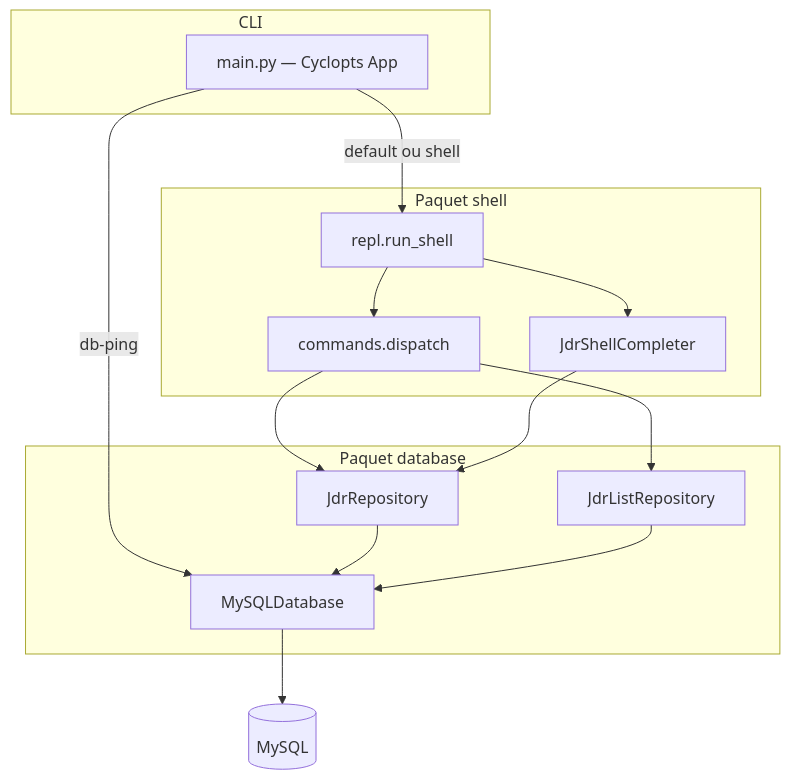
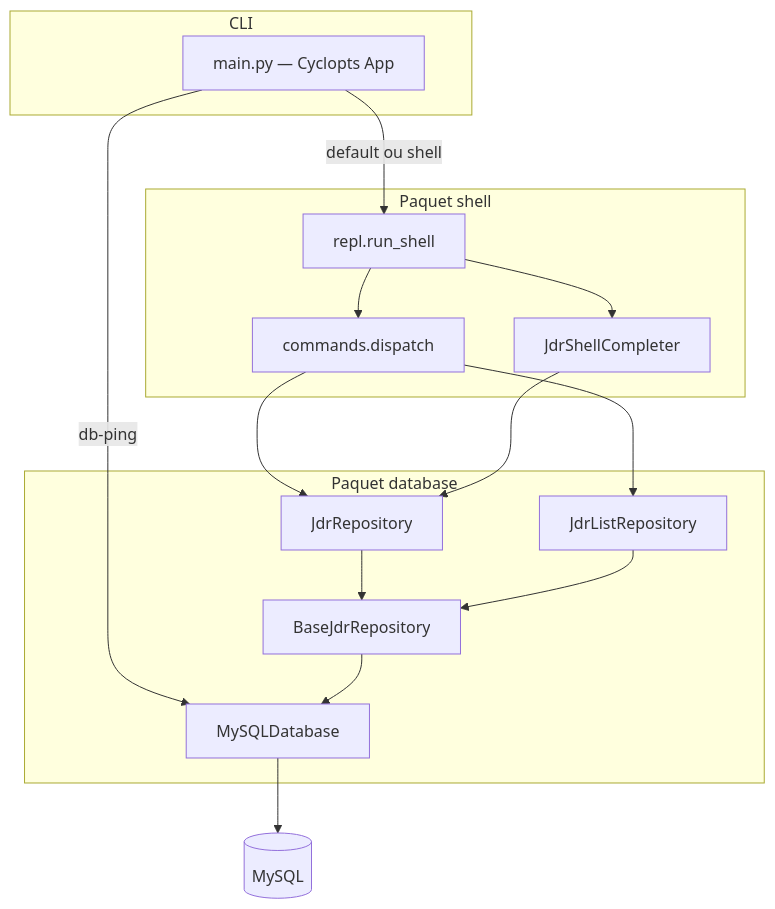
One commit to Primica/exampy changed the diagram in docs/index.md. Above: the diagram before and after it, drawn with Mermaid. The commit also changed other lines of this file and 13 other files, not shown here.

````diff
--- a/docs/index.md
+++ b/docs/index.md
@@ -23,27 +23,29 @@
 ```mermaid
 flowchart TB
   subgraph cli["CLI"]
     MAIN["main.py — Cyclopts App"]
   end
   subgraph shell["Paquet shell"]
     REPL[repl.run_shell]
     DIS[commands.dispatch]
     CMP[JdrShellCompleter]
   end
   subgraph data["Paquet database"]
     MY[MySQLDatabase]
+    BR[BaseJdrRepository]
     JW[JdrRepository]
     JL[JdrListRepository]
   end
   DB[(MySQL)]
   MAIN -->|default ou shell| REPL
   MAIN -->|db-ping| MY
   REPL --> DIS
   REPL --> CMP
   DIS --> JW
   DIS --> JL
   CMP --> JW
-  JW --> MY
-  JL --> MY
+  JW --> BR
+  JL --> BR
+  BR --> MY
   MY --> DB
 ```
````
